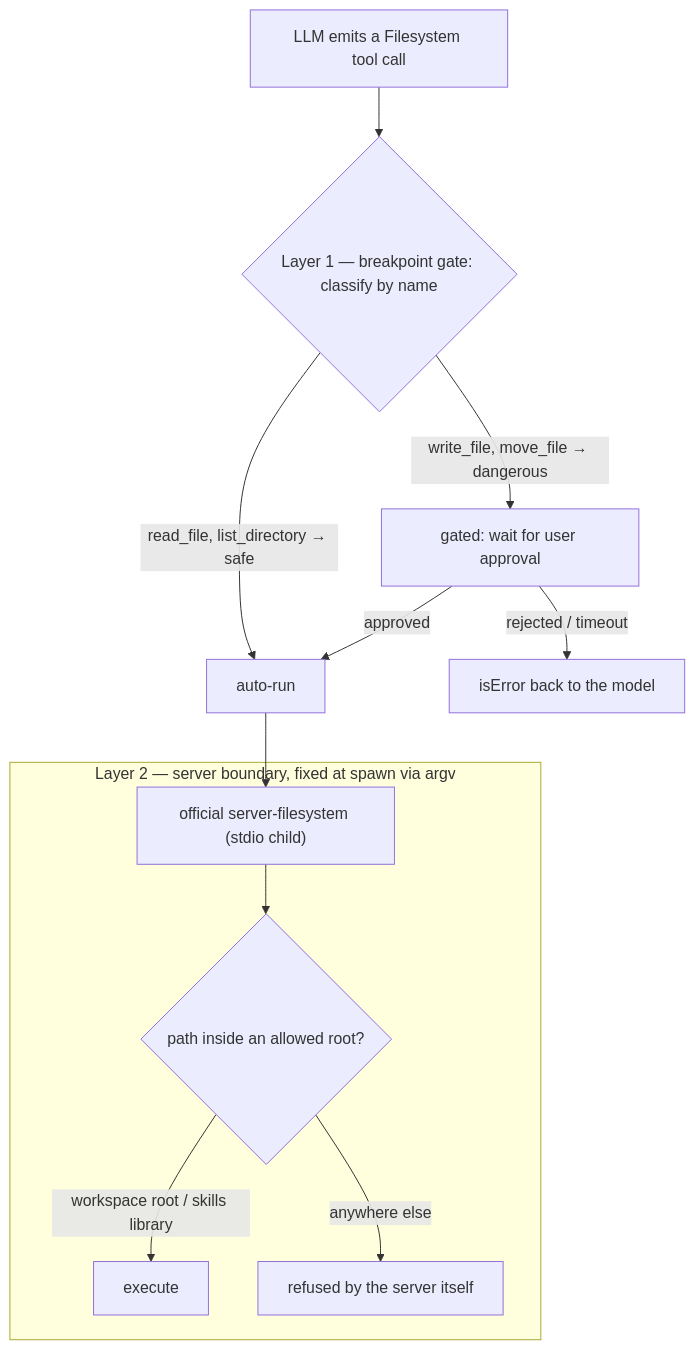
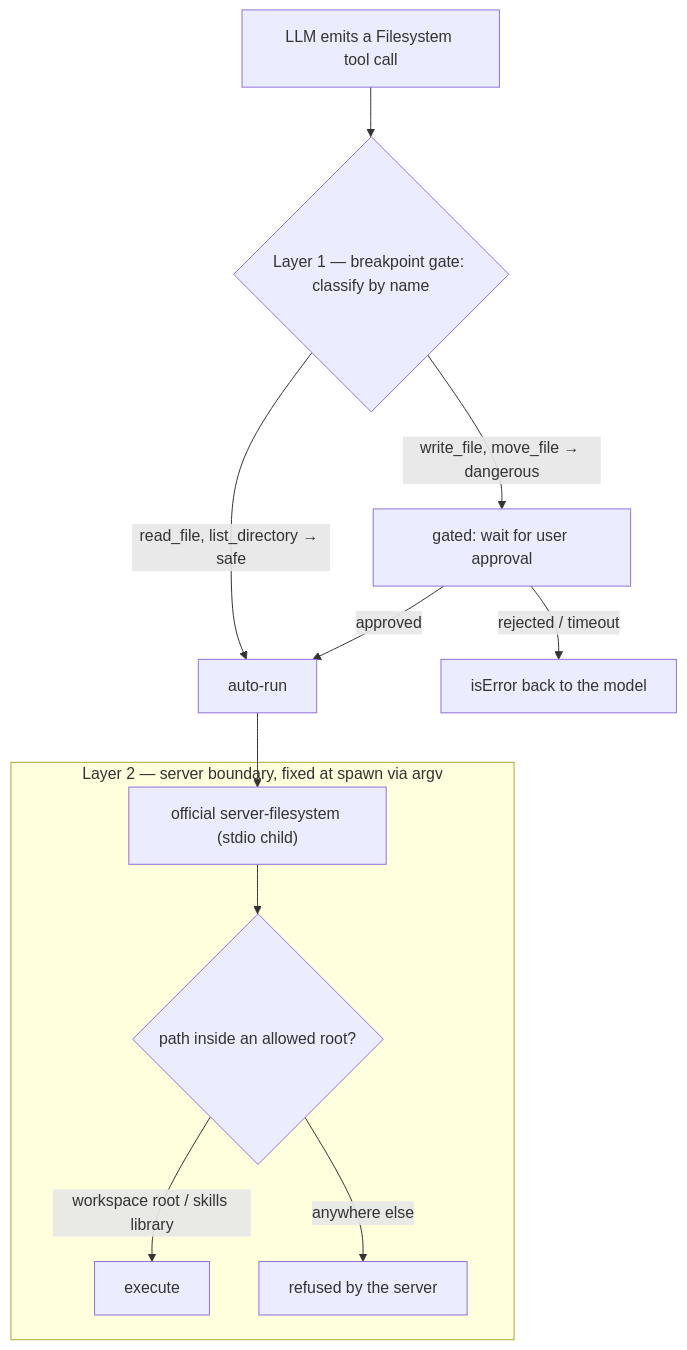
One commit to MichelePolo/Aether changed the second of 4 diagrams in docs/guides/builtin-mcp.md. Above: the diagram before and after it, drawn with Mermaid. The commit also changed other lines of this file, not shown here.

````diff
--- a/docs/guides/builtin-mcp.md
+++ b/docs/guides/builtin-mcp.md
@@ -124,14 +141,14 @@
 ```mermaid
 flowchart TD
     L["LLM emits a Filesystem tool call"] --> G{"Layer 1 — breakpoint gate: classify by name"}
     G -- "read_file, list_directory → safe" --> RUN["auto-run"]
     G -- "write_file, move_file → dangerous" --> WAIT["gated: wait for user approval"]
     WAIT -- "approved" --> RUN
     WAIT -- "rejected / timeout" --> ERR1["isError back to the model"]
     RUN --> SRV["official server-filesystem (stdio child)"]
     subgraph SB["Layer 2 — server boundary, fixed at spawn via argv"]
         SRV --> CHK{"path inside an allowed root?"}
         CHK -- "workspace root / skills library" --> OK["execute"]
-        CHK -- "anywhere else" --> ERR2["refused by the server itself"]
+        CHK -- "anywhere else" --> ERR2["refused by the server"]
     end
 ```
````
